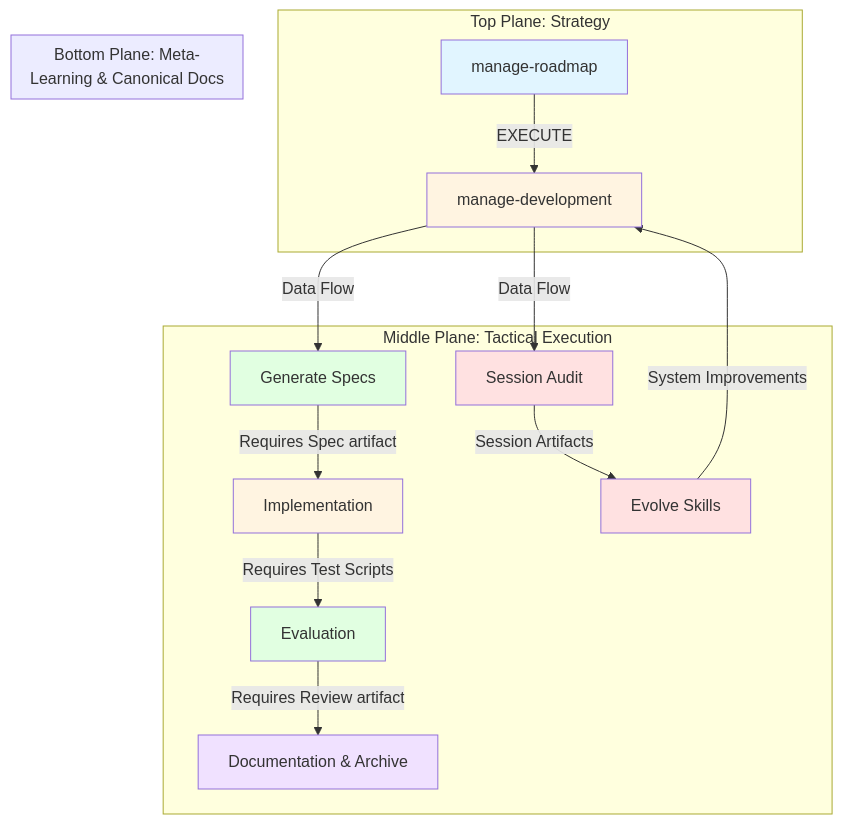
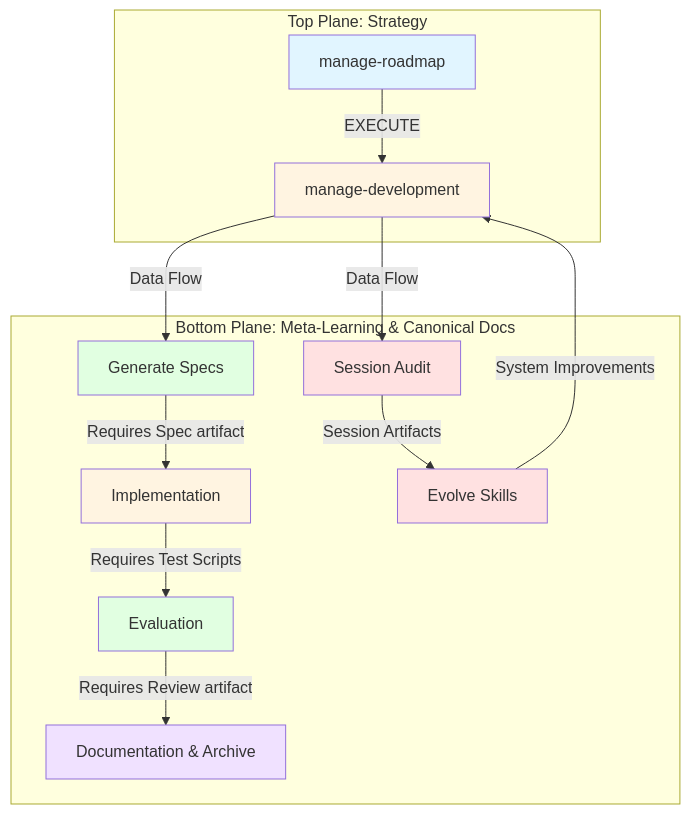
Before and after one commit to gabrielmoreira/agent-skills-mirror: the first of 6 diagrams in mirrors/repos/bparlan@pi-specdriven-agenticengineer/README.md, drawn with Mermaid. The commit also changed other lines of this file and 3167 other files, not shown here.

````diff
--- a/mirrors/repos/bparlan@pi-specdriven-agenticengineer/README.md
+++ b/mirrors/repos/bparlan@pi-specdriven-agenticengineer/README.md
@@ -129,36 +119,35 @@
 ```mermaid
-graph TD
+flowchart TB
     subgraph "Top Plane: Strategy"
         A[manage-roadmap]
-        A -->|EXECUTE| B[manage-development]
-    end
-
-    subgraph "Middle Plane: Tactical Execution"
-        B -->|Data Flow| C[Session Audit]
-        B -->|Data Flow| D[Generate Specs]
-        D -->|Requires Spec artifact| E[Implementation]
-        E -->|Requires Test Scripts| F[Evaluation]
-        F -->|Requires Review artifact| G[Documentation & Archive]
-        C -->|Session Artifacts| H[Evolve Skills]
-        H -->|System Improvements| B
+        B[manage-development]
+        A -->|EXECUTE| B
     end
 
     subgraph "Bottom Plane: Meta-Learning & Canonical Docs"
         C[Session Audit]
         D[Generate Specs]
         E[Implementation]
         F[Evaluation]
         G[Documentation & Archive]
         H[Evolve Skills]
     end
 
+    B -->|Data Flow| C
+    B -->|Data Flow| D
+    D -->|Requires Spec artifact| E
+    E -->|Requires Test Scripts| F
+    F -->|Requires Review artifact| G
+    C -->|Session Artifacts| H
+    H -->|System Improvements| B
+
     %% Styles
     style A fill:#e1f5ff
     style B fill:#fff4e1
     style C fill:#ffe1e1
     style D fill:#e1ffe1
     style E fill:#fff4e1
     style F fill:#e1ffe1
     style G fill:#f0e1ff
     style H fill:#ffe1e1
 ```
````
